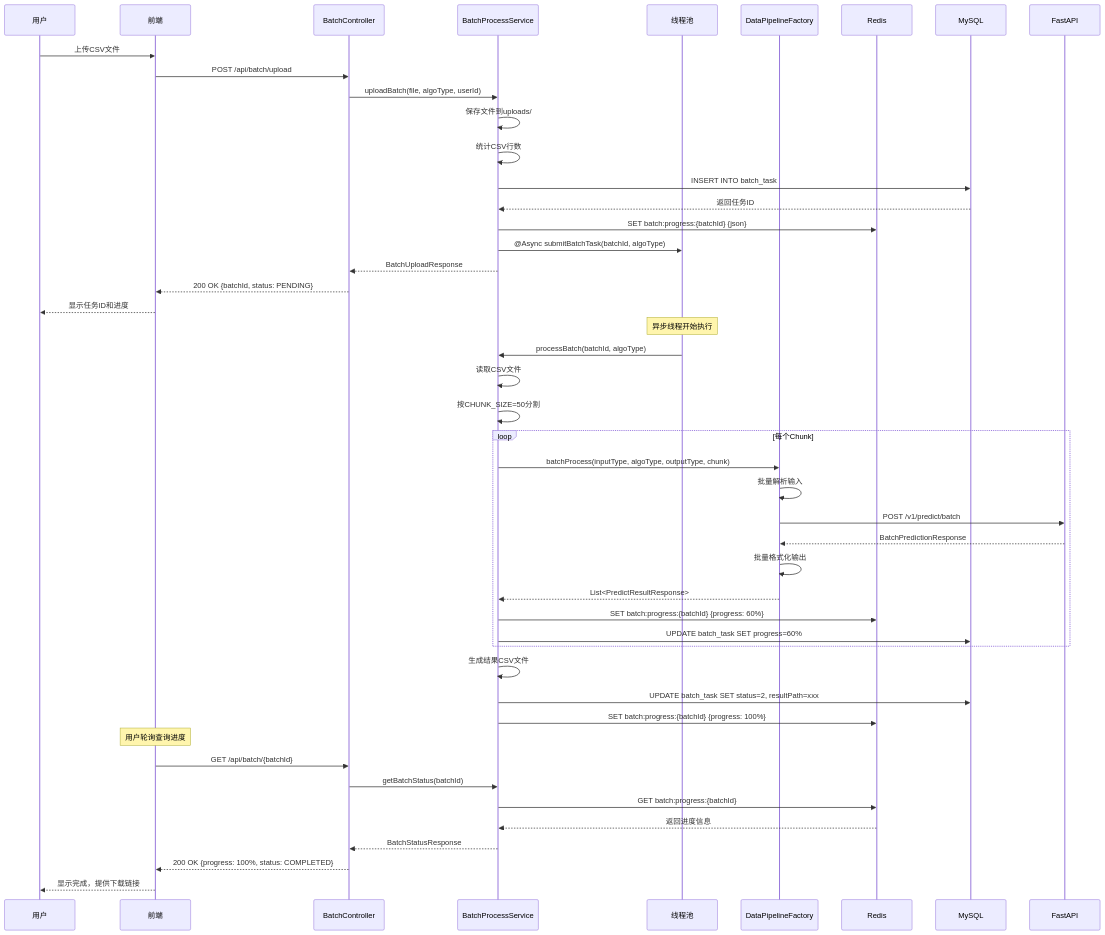
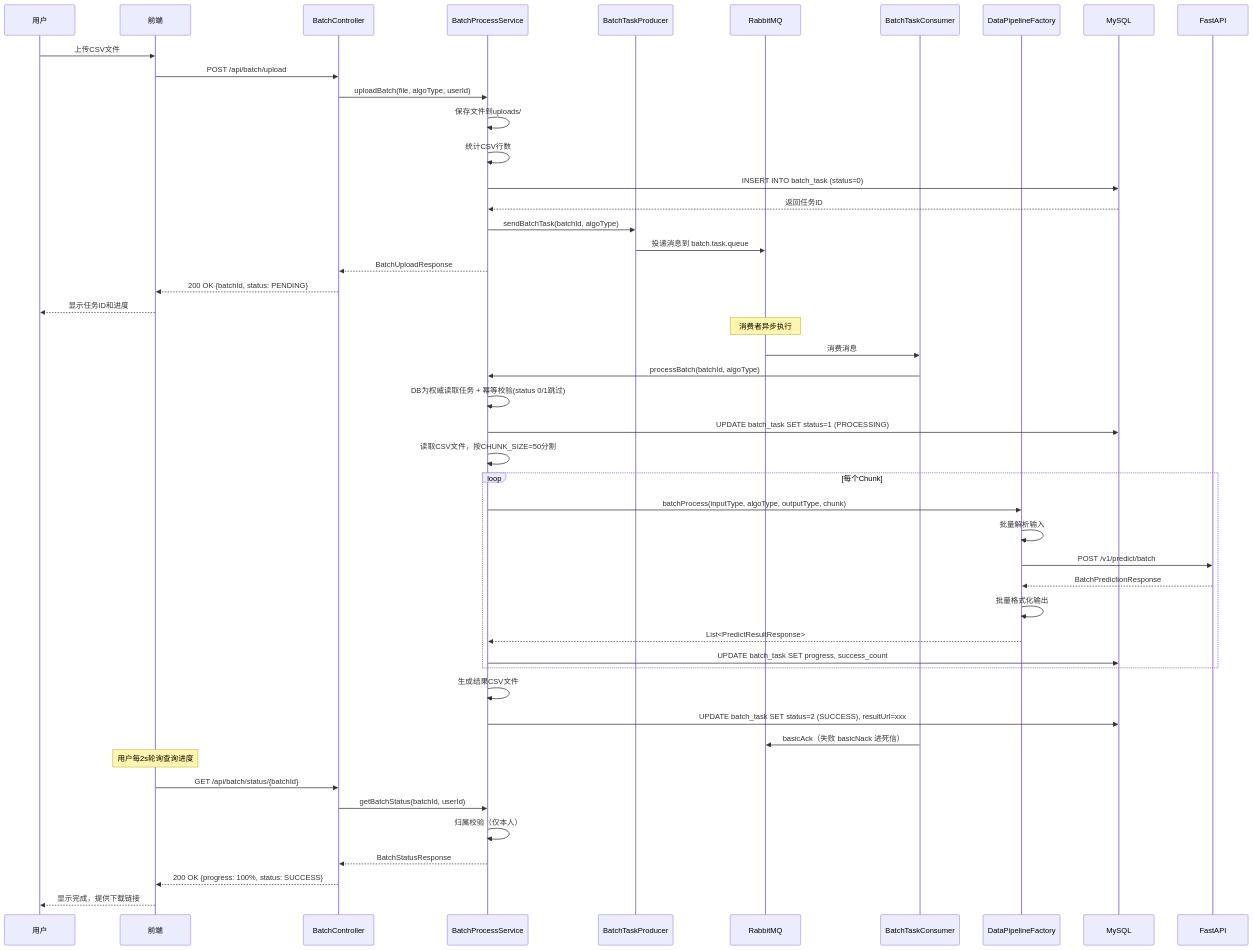
The fourth of 9 diagrams in docs/architecture/架构设计文档.md (Ljz4777/SynPharm), drawn with Mermaid before and after one commit. The commit also changed other lines of this file and 43 other files, not shown here.

````diff
--- a/docs/architecture/架构设计文档.md
+++ b/docs/architecture/架构设计文档.md
@@ -189,56 +189,57 @@
 ```mermaid
 sequenceDiagram
     participant User as 用户
     participant Frontend as 前端
     participant Controller as BatchController
     participant Service as BatchProcessService
-    participant ThreadPool as 线程池
+    participant Producer as BatchTaskProducer
+    participant MQ as RabbitMQ
+    participant Consumer as BatchTaskConsumer
     participant Factory as DataPipelineFactory
-    participant Redis as Redis
     participant MySQL as MySQL
     participant FastAPI as FastAPI
 
     User->>Frontend: 上传CSV文件
     Frontend->>Controller: POST /api/batch/upload
     Controller->>Service: uploadBatch(file, algoType, userId)
     Service->>Service: 保存文件到uploads/
     Service->>Service: 统计CSV行数
-    Service->>MySQL: INSERT INTO batch_task
+    Service->>MySQL: INSERT INTO batch_task (status=0)
     MySQL-->>Service: 返回任务ID
-    Service->>Redis: SET batch:progress:{batchId} {json}
-    Service->>ThreadPool: @Async submitBatchTask(batchId, algoType)
+    Service->>Producer: sendBatchTask(batchId, algoType)
+    Producer->>MQ: 投递消息到 batch.task.queue
     Service-->>Controller: BatchUploadResponse
     Controller-->>Frontend: 200 OK {batchId, status: PENDING}
     Frontend-->>User: 显示任务ID和进度
 
-    Note over ThreadPool: 异步线程开始执行
+    Note over MQ: 消费者异步执行
     
-    ThreadPool->>Service: processBatch(batchId, algoType)
-    Service->>Service: 读取CSV文件
-    Service->>Service: 按CHUNK_SIZE=50分割
+    MQ->>Consumer: 消费消息
+    Consumer->>Service: processBatch(batchId, algoType)
+    Service->>Service: DB为权威读取任务 + 幂等校验(status 0/1跳过)
+    Service->>MySQL: UPDATE batch_task SET status=1 (PROCESSING)
+    Service->>Service: 读取CSV文件，按CHUNK_SIZE=50分割
     
     loop 每个Chunk
         Service->>Factory: batchProcess(inputType, algoType, outputType, chunk)
         Factory->>Factory: 批量解析输入
         Factory->>FastAPI: POST /v1/predict/batch
         FastAPI-->>Factory: BatchPredictionResponse
         Factory->>Factory: 批量格式化输出
         Factory-->>Service: List<PredictResultResponse>
-        Service->>Redis: SET batch:progress:{batchId} {progress: 60%}
-        Service->>MySQL: UPDATE batch_task SET progress=60%
+        Service->>MySQL: UPDATE batch_task SET progress, success_count
     end
     
     Service->>Service: 生成结果CSV文件
-    Service->>MySQL: UPDATE batch_task SET status=2, resultPath=xxx
-    Service->>Redis: SET batch:progress:{batchId} {progress: 100%}
+    Service->>MySQL: UPDATE batch_task SET status=2 (SUCCESS), resultUrl=xxx
+    Consumer->>MQ: basicAck（失败 basicNack 进死信）
 
-    Note over Frontend: 用户轮询查询进度
+    Note over Frontend: 用户每2s轮询查询进度
     
-    Frontend->>Controller: GET /api/batch/{batchId}
-    Controller->>Service: getBatchStatus(batchId)
-    Service->>Redis: GET batch:progress:{batchId}
-    Redis-->>Service: 返回进度信息
+    Frontend->>Controller: GET /api/batch/status/{batchId}
+    Controller->>Service: getBatchStatus(batchId, userId)
+    Service->>Service: 归属校验（仅本人）
     Service-->>Controller: BatchStatusResponse
-    Controller-->>Frontend: 200 OK {progress: 100%, status: COMPLETED}
+    Controller-->>Frontend: 200 OK {progress: 100%, status: SUCCESS}
     Frontend-->>User: 显示完成，提供下载链接
 ```
````
